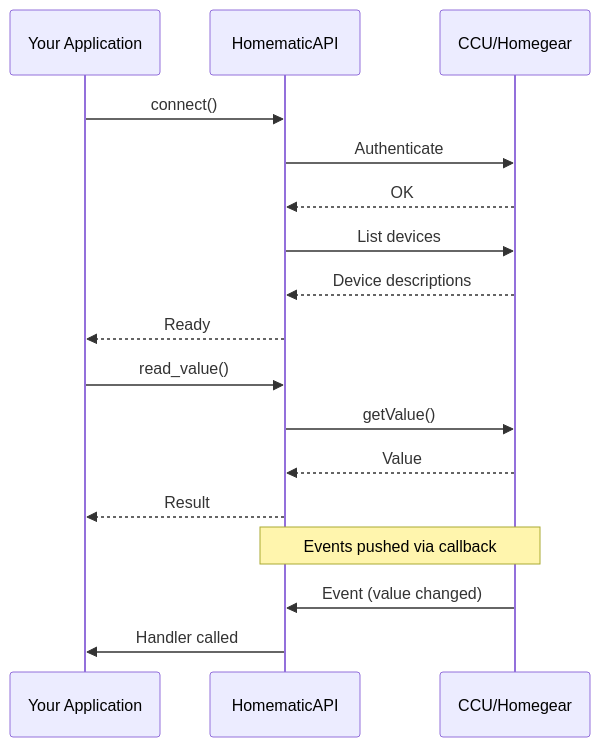
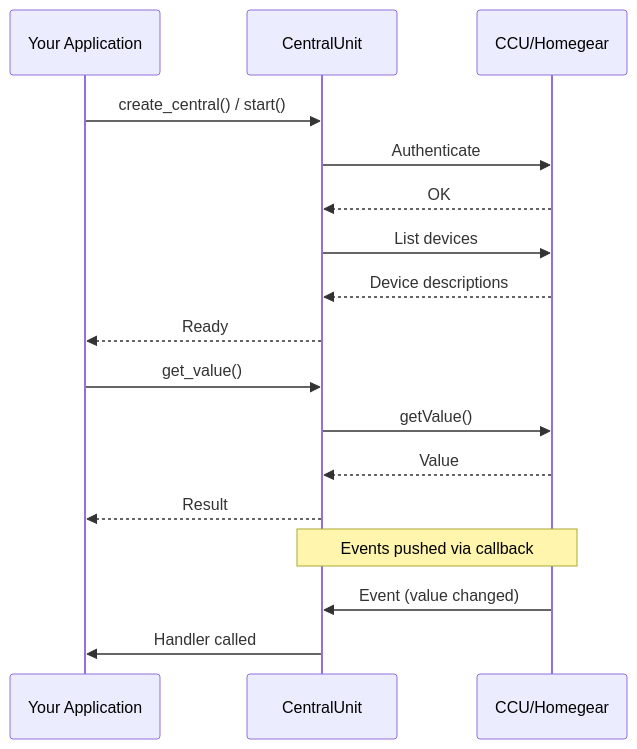
Before and after one commit to SukramJ/aiohomematic: the diagram in docs/quickstart.md, drawn with Mermaid. The commit also changed other lines of this file and 105 other files, not shown here.

````diff
--- a/docs/quickstart.md
+++ b/docs/quickstart.md
@@ -10,22 +10,22 @@
 ```mermaid
 sequenceDiagram
     participant App as Your Application
-    participant API as HomematicAPI
+    participant Central as CentralUnit
     participant CCU as CCU/Homegear
 
-    App->>API: connect()
-    API->>CCU: Authenticate
-    CCU-->>API: OK
-    API->>CCU: List devices
-    CCU-->>API: Device descriptions
-    API-->>App: Ready
+    App->>Central: create_central() / start()
+    Central->>CCU: Authenticate
+    CCU-->>Central: OK
+    Central->>CCU: List devices
+    CCU-->>Central: Device descriptions
+    Central-->>App: Ready
 
-    App->>API: read_value()
-    API->>CCU: getValue()
-    CCU-->>API: Value
-    API-->>App: Result
+    App->>Central: get_value()
+    Central->>CCU: getValue()
+    CCU-->>Central: Value
+    Central-->>App: Result
 
-    Note over CCU,API: Events pushed via callback
-    CCU->>API: Event (value changed)
-    API->>App: Handler called
+    Note over CCU,Central: Events pushed via callback
+    CCU->>Central: Event (value changed)
+    Central->>App: Handler called
 ```
````
